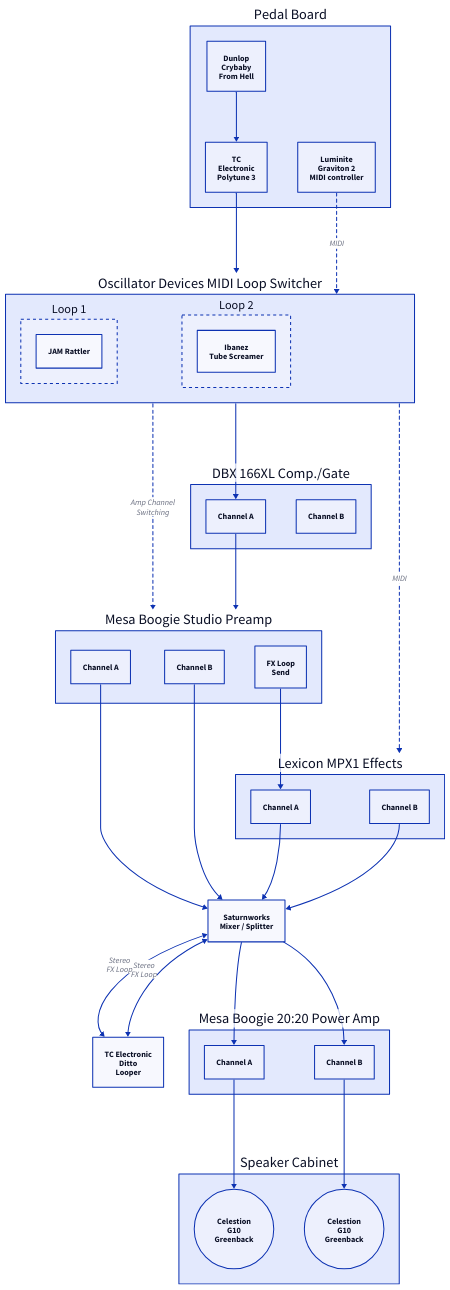
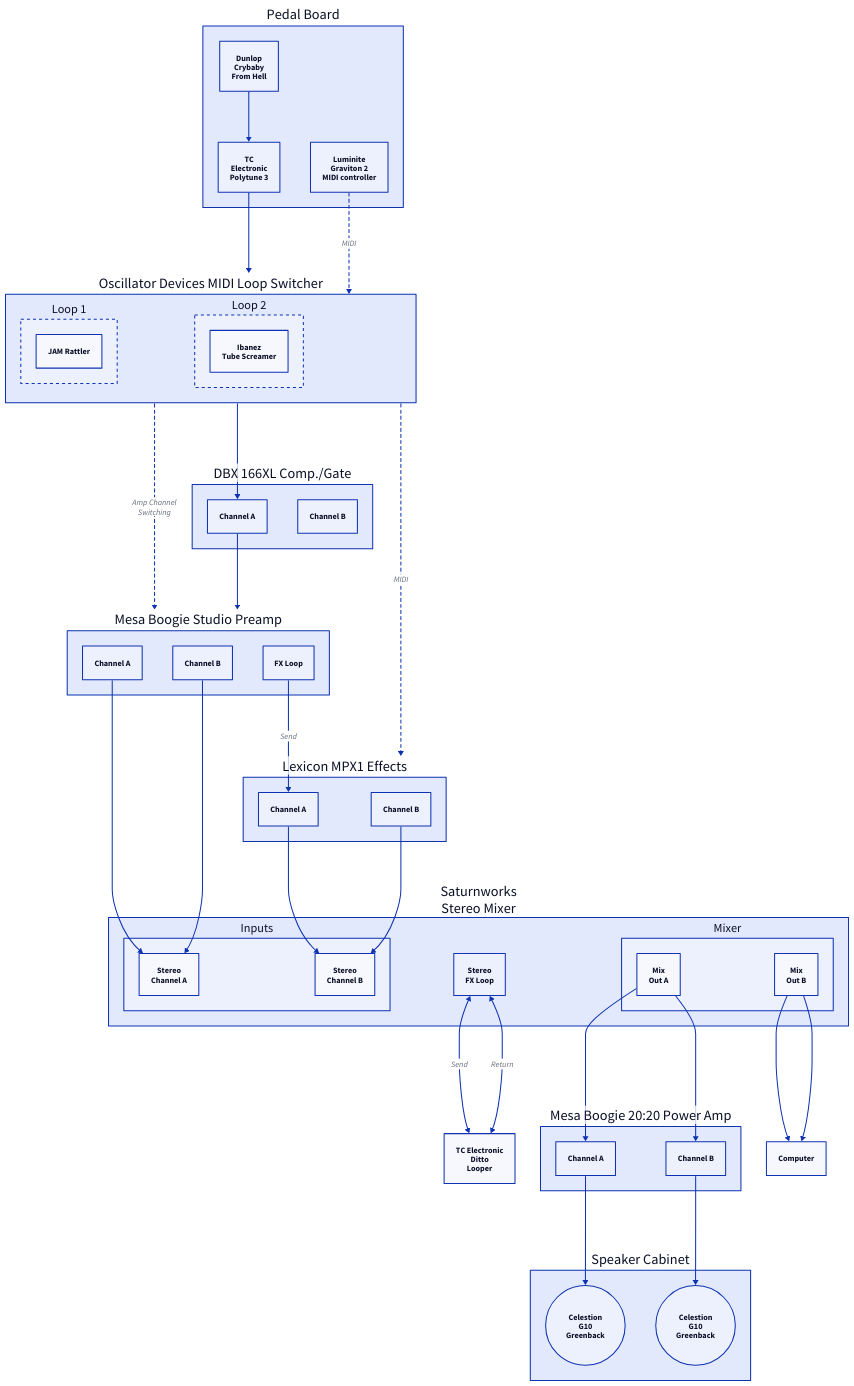
The diagram in amprack.d2 (timvaillancourt/amp-diagrams), drawn with D2 before and after one commit. The commit also changed 3 other files, not shown here.

```diff
--- a/amprack.d2
+++ b/amprack.d2
@@ -1,84 +1,98 @@
 pb: "Pedal Board" {
   cbfh: "Dunlop\nCrybaby\nFrom Hell" {}
   polytune3: "TC\nElectronic\nPolytune 3" {}
   mc: "Luminite\nGraviton 2\nMIDI controller" {}
   cbfh -> polytune3 
 }
 
 mls: "Oscillator Devices MIDI Loop Switcher" {
   1: "Loop 1" {
     style: {
       stroke-dash: 3
     }
     ts: "JAM Rattler" {}
   }
   2: "Loop 2" {
     style: {
       stroke-dash: 3
     }
     ts: "Ibanez\nTube Screamer" {}
   }
 }
 pb.polytune3 -> mls
 pb.mc -> mls: "MIDI" {
   style: {
     stroke-dash: 3
   }
 }
 
 dbx166xl: "DBX 166XL Comp./Gate" {
   A: "Channel A" {}
   B: "Channel B" {}
 }
 mls -> dbx166xl.A
 
 msp: "Mesa Boogie Studio Preamp" {
   A: "Channel A" {}
   B: "Channel B" {}
-  loop: "FX Loop\nSend" {}
+  Loop: "FX Loop" {}
 }
 mls -> msp: "Amp Channel\nSwitching" {
   style: {
     stroke-dash: 3
   }
 }
 dbx166xl.A -> msp
 
-mixer: "Saturnworks\nMixer / Splitter" {}
-msp.A -> mixer
-msp.B -> mixer
+mixer: "Saturnworks\nStereo Mixer" {
+  In: "Inputs" {
+    A: "Stereo\nChannel A" {}
+    B: "Stereo\nChannel B" {}
+  }
+  Loop: "Stereo\nFX Loop" {}
+  Mix: "Mixer" {
+    A: "Mix\nOut A" {}
+    B: "Mix\nOut B" {}
+  }
+}
+msp.A -> mixer.In.A
+msp.B -> mixer.In.A
 
 mpx1: "Lexicon MPX1 Effects" {
   A: "Channel A" {}
   B: "Channel B" {}
 }
 mls -> mpx1: "MIDI" {
   style: {
     stroke-dash: 3
   }
 }
-msp.loop -> mpx1.A
-mpx1.A -> mixer
-mpx1.B -> mixer
+msp.Loop -> mpx1.A: "Send" {}
+mpx1.A -> mixer.In.B
+mpx1.B -> mixer.In.B
 
 ditto: "TC Electronic\nDitto\nLooper" {}
-mixer <-> ditto: "Stereo\nFX Loop"
-mixer <-> ditto: "Stereo\nFX Loop"
+mixer.Loop <-> ditto: "Send"
+mixer.Loop <-> ditto: "Return"
 
 m2020: "Mesa Boogie 20:20 Power Amp" {
   A: "Channel A" {}
   B: "Channel B" {}
 }
-mixer -> m2020.A
-mixer -> m2020.B
+mixer.Mix.A -> m2020.A
+mixer.Mix.A -> m2020.B
 
 cab: "Speaker Cabinet" {
   A: "Celestion\nG10\nGreenback" {
     shape: "circle"
   }
   B: "Celestion\nG10\nGreenback" {
     shape: "circle"
   }
 }
 m2020.A -> cab.A
 m2020.B -> cab.B
+
+computer: "Computer" {}
+mixer.Mix.B -> computer
+mixer.Mix.B -> computer
```
